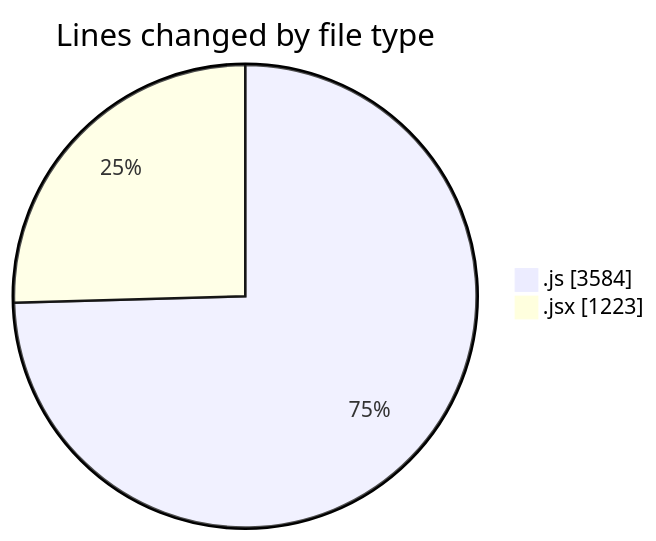
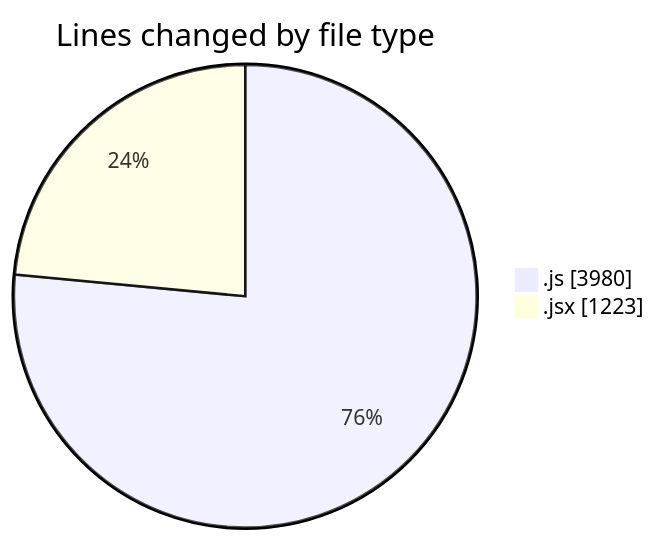
The first of 2 diagrams in 2025-09-24/nxtqube_webapp/README.md (nxtqubesakshisongat/code-tracking), drawn with Mermaid before and after one commit. The commit also changed other lines of this file and 1 other file, not shown here.

````diff
--- a/2025-09-24/nxtqube_webapp/README.md
+++ b/2025-09-24/nxtqube_webapp/README.md
@@ -23,6 +23,6 @@
 ```mermaid
 pie showData
 title Lines changed by file type
-".js" : 3584
+".js" : 3980
 ".jsx" : 1223
 ```
````
